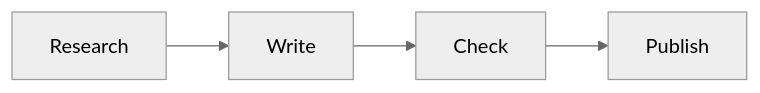
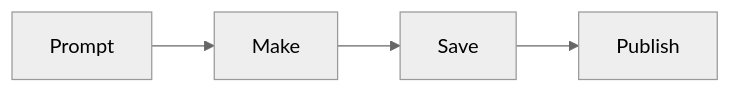
One commit to kaw393939/current-events changed the diagram in notes/markdown-and-mermaid.md. Above: the diagram before and after it, drawn with Mermaid (neutral theme). The commit also changed other lines of this file and 10 other files, not shown here.

````diff
--- a/notes/markdown-and-mermaid.md
+++ b/notes/markdown-and-mermaid.md
@@ -19,4 +19,4 @@
 ```mermaid
 flowchart LR
-  Research --> Write --> Check --> Publish
+  Prompt --> Make --> Save --> Publish
 ```
````
